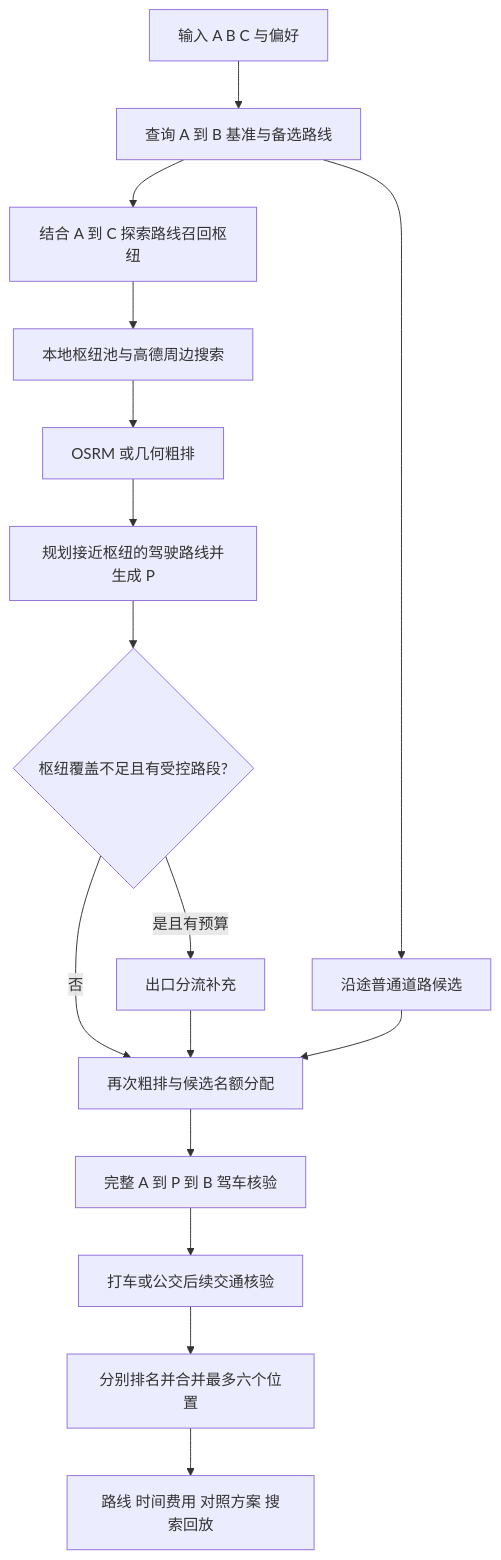
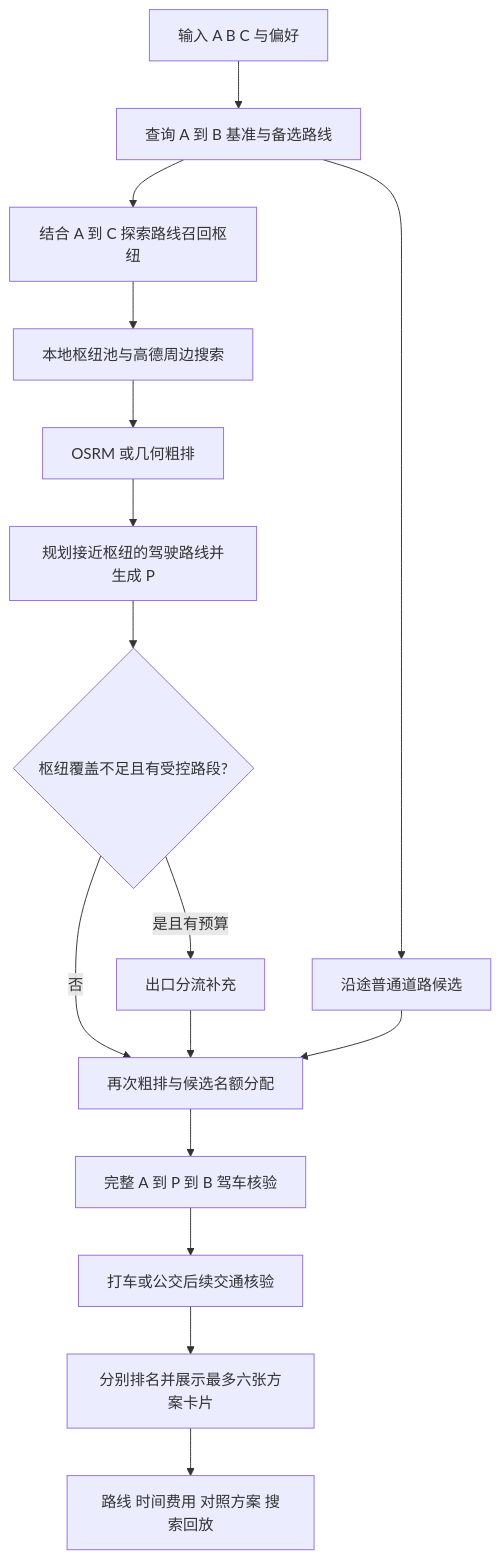
Before and after one commit to GitForLiuwei/AlongRoute: the second of 2 diagrams in README.md, drawn with Mermaid. The commit also changed other lines of this file and 15 other files, not shown here.

````diff
--- a/README.md
+++ b/README.md
@@ -155,18 +156,18 @@
 ```mermaid
 flowchart TD
     Input[输入 A B C 与偏好] --> Base[查询 A 到 B 基准与备选路线]
     Base --> Recall[结合 A 到 C 探索路线召回枢纽]
     Recall --> Pool[本地枢纽池与高德周边搜索]
     Pool --> Coarse[OSRM 或几何粗排]
     Coarse --> Approach[规划接近枢纽的驾驶路线并生成 P]
     Base --> Surface[沿途普通道路候选]
     Approach --> Supplement{枢纽覆盖不足且有受控路段?}
     Supplement -->|是且有预算| Exit[出口分流补充]
     Supplement -->|否| Select[再次粗排与候选名额分配]
     Exit --> Select
     Surface --> Select
     Select --> Driver[完整 A 到 P 到 B 驾车核验]
     Driver --> Onward[打车或公交后续交通核验]
-    Onward --> Rank[分别排名并合并最多六个位置]
+    Onward --> Rank[分别排名并展示最多六张方案卡片]
     Rank --> Output[路线 时间费用 对照方案 搜索回放]
 ```
````
